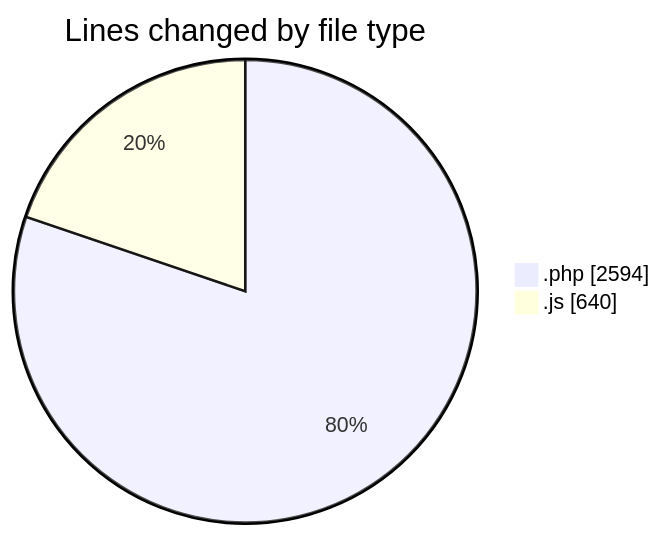
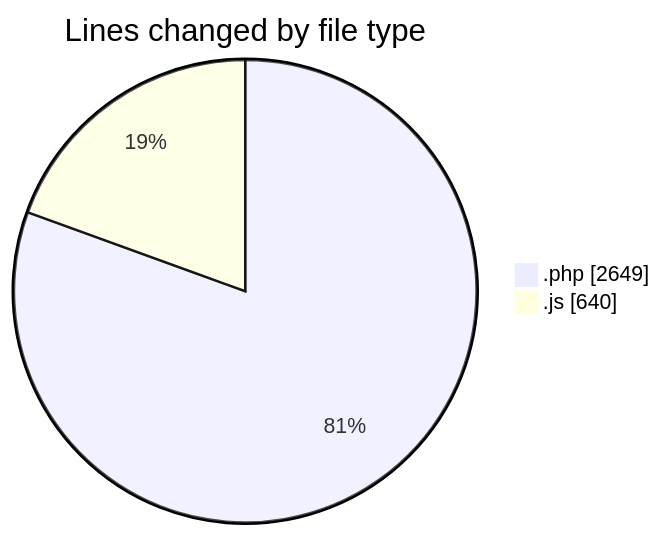
Before and after one commit to debugP/code-tracking: the first of 2 diagrams in 2026-10-20/untitled__workspace_/README.md, drawn with Mermaid. The commit also changed other lines of this file and 1 other file, not shown here.

````diff
--- a/2026-10-20/untitled__workspace_/README.md
+++ b/2026-10-20/untitled__workspace_/README.md
@@ -21,6 +21,6 @@
 ```mermaid
 pie showData
 title Lines changed by file type
-".php" : 2594
+".php" : 2649
 ".js" : 640
 ```
````
